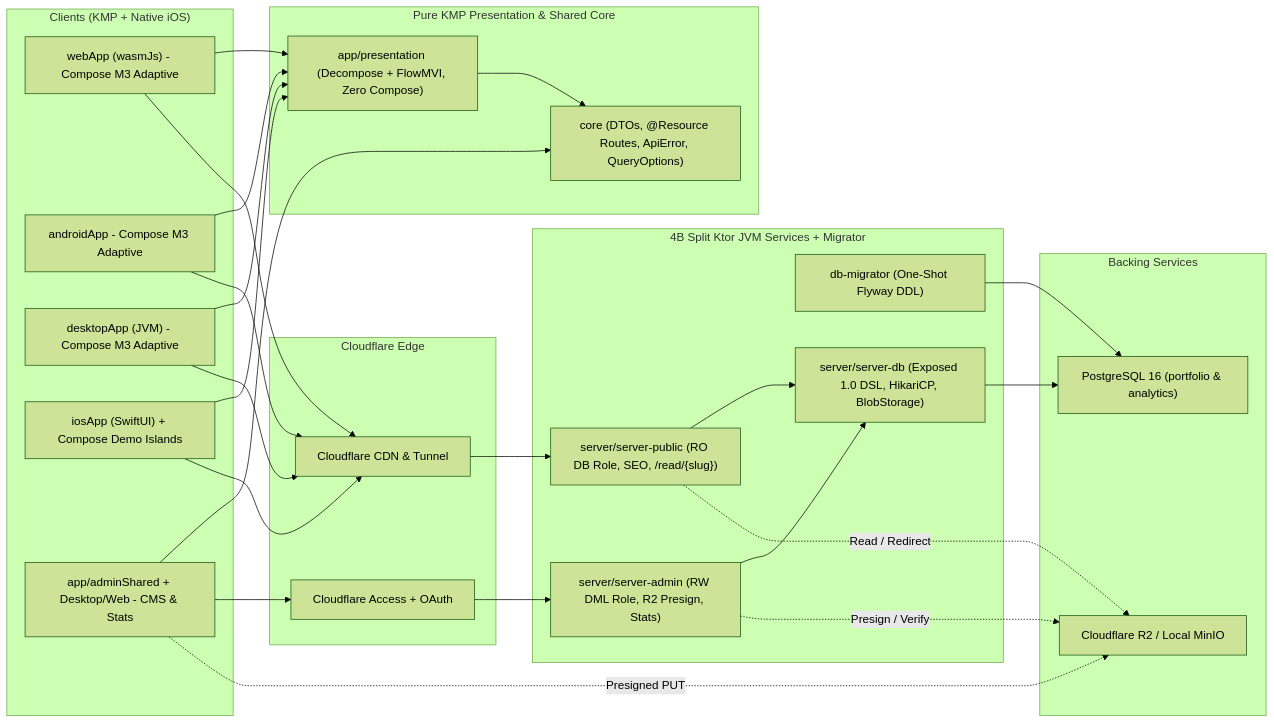
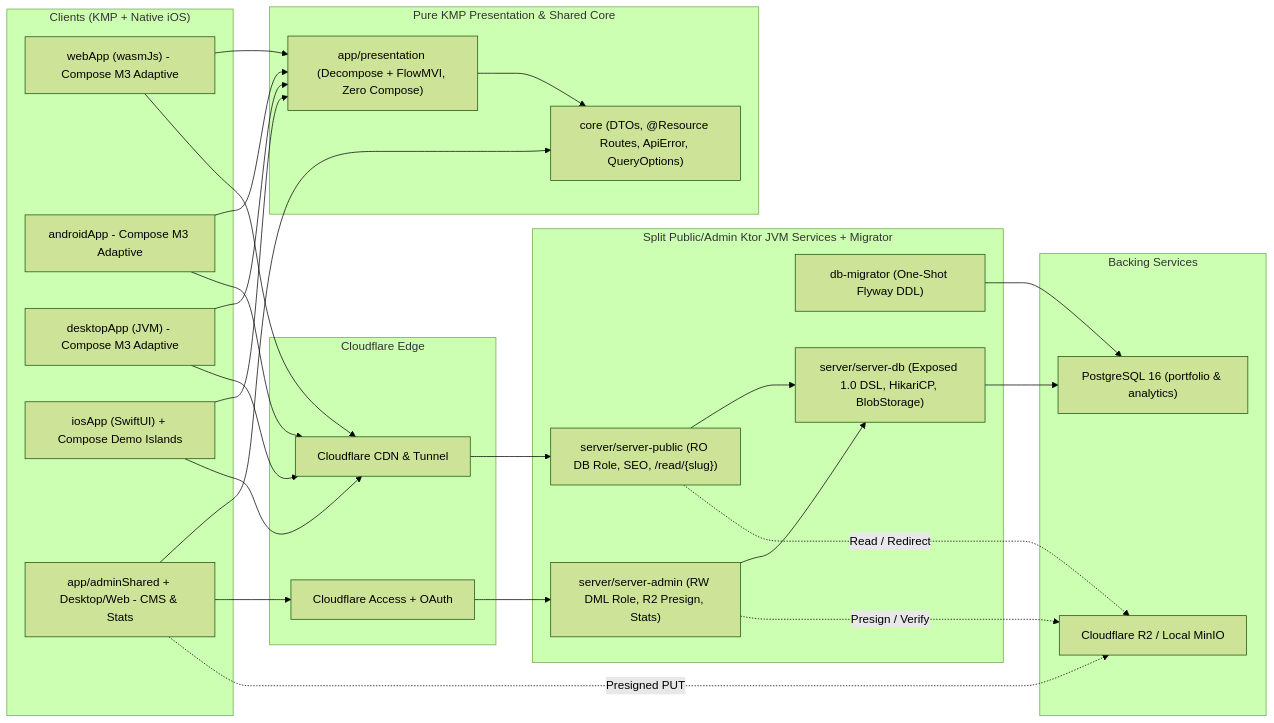
The diagram in README.md (Cy-Codes/Portfolio), drawn with Mermaid (forest theme) before and after one commit. The commit also changed other lines of this file and 25 other files, not shown here.

````diff
--- a/README.md
+++ b/README.md
@@ -46,46 +47,46 @@
 ```mermaid
 flowchart LR
     subgraph Clients["Clients (KMP + Native iOS)"]
         Web["webApp (wasmJs) - Compose M3 Adaptive"]
         Android["androidApp - Compose M3 Adaptive"]
         Desktop["desktopApp (JVM) - Compose M3 Adaptive"]
         iOS["iosApp (SwiftUI) + Compose Demo Islands"]
         AdminUI["app/adminShared + Desktop/Web - CMS & Stats"]
     end
 
     subgraph Presentation["Pure KMP Presentation & Shared Core"]
         Pres["app/presentation (Decompose + FlowMVI, Zero Compose)"]
         Core["core (DTOs, @Resource Routes, ApiError, QueryOptions)"]
     end
 
     subgraph Edge["Cloudflare Edge"]
         CDN["Cloudflare CDN & Tunnel"]
         Access["Cloudflare Access + OAuth"]
     end
 
-    subgraph Backend["4B Split Ktor JVM Services + Migrator"]
+    subgraph Backend["Split Public/Admin Ktor JVM Services + Migrator"]
         PubSrv["server/server-public (RO DB Role, SEO, /read/{slug})"]
         AdmSrv["server/server-admin (RW DML Role, R2 Presign, Stats)"]
         Migrator["db-migrator (One-Shot Flyway DDL)"]
         SrvDb["server/server-db (Exposed 1.0 DSL, HikariCP, BlobStorage)"]
     end
 
     subgraph Data["Backing Services"]
         PG["PostgreSQL 16 (portfolio & analytics)"]
         R2["Cloudflare R2 / Local MinIO"]
     end
 
     Web & Android & Desktop --> Pres
     iOS --> Pres
     Pres --> Core
     AdminUI --> Core
 
     Web & Android & Desktop & iOS --> CDN --> PubSrv
     AdminUI --> Access --> AdmSrv
     AdminUI -. "Presigned PUT" .-> R2
 
     PubSrv & AdmSrv --> SrvDb --> PG
     Migrator --> PG
     AdmSrv -. "Presign / Verify" .-> R2
     PubSrv -. "Read / Redirect" .-> R2
 ```
````
